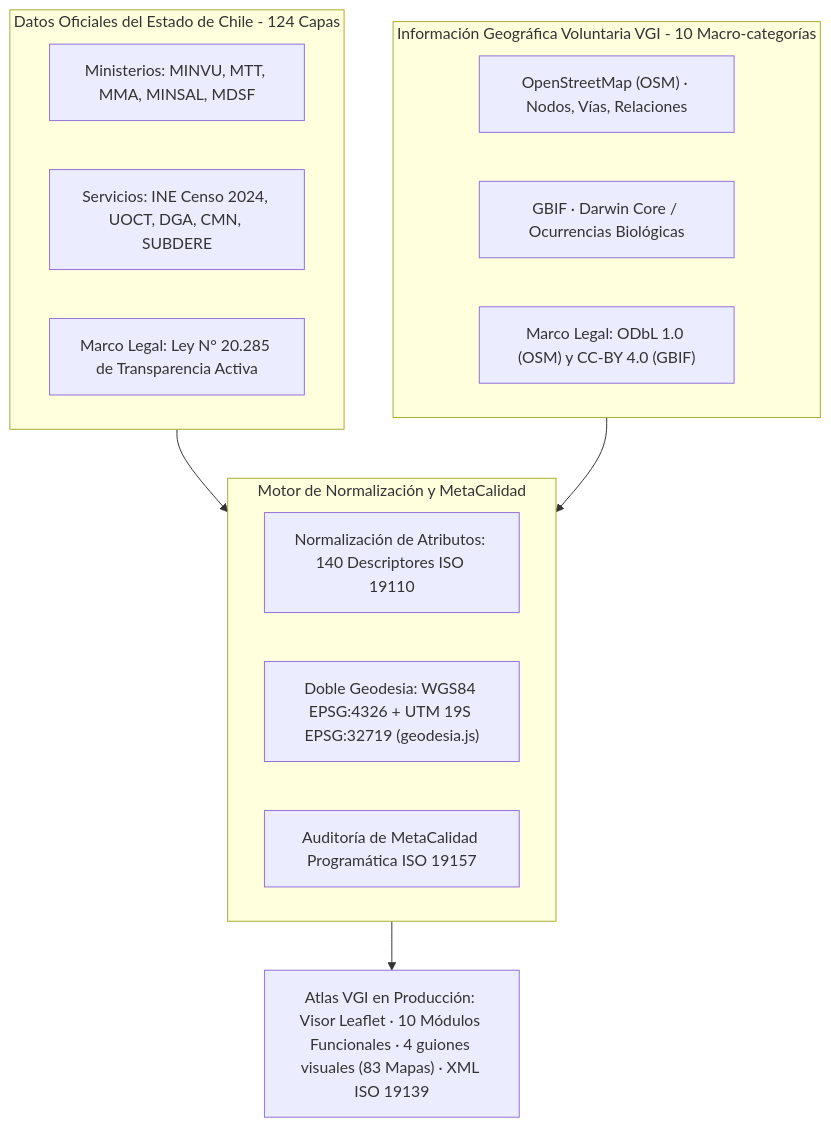
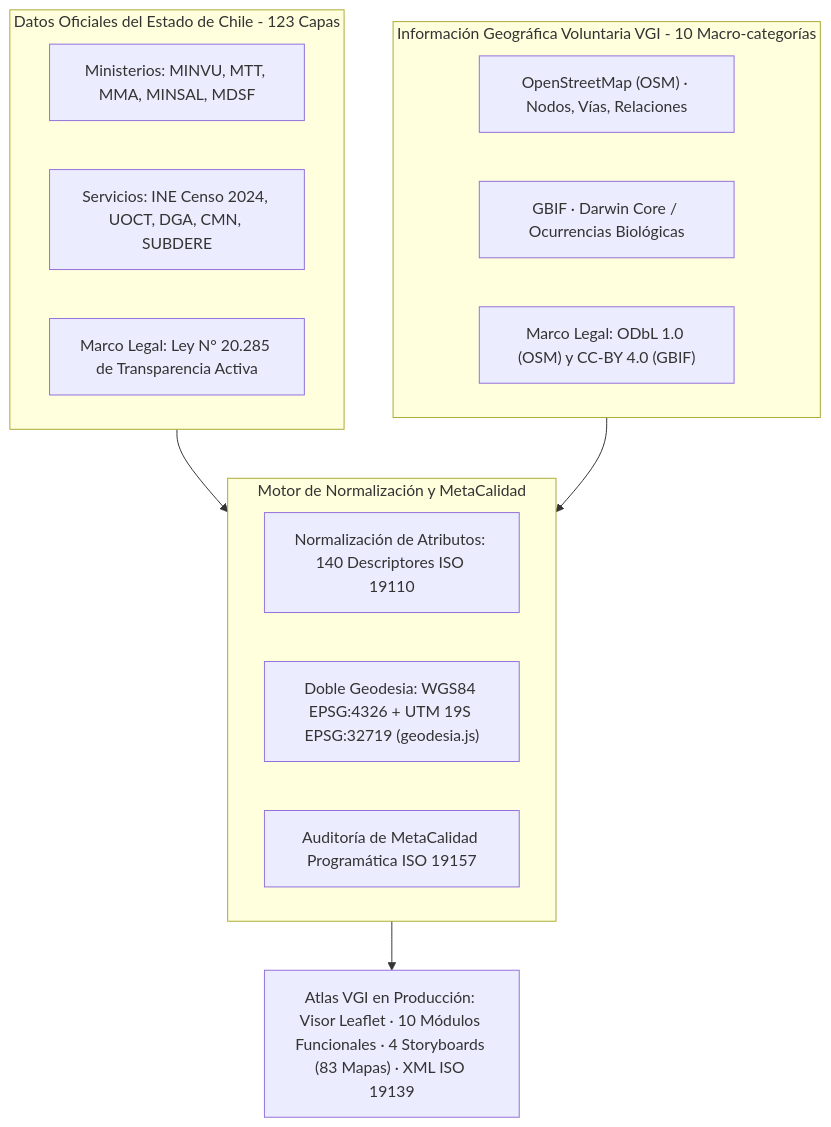
One commit to GEOJOTA/atlas-vgi-barrio-brasil changed the fourth of 5 diagrams in docs/ANALISIS_METACALIDAD.md. Above: the diagram before and after it, drawn with Mermaid. The commit also changed other lines of this file and 142 other files, not shown here.

Commit message:
feat: sincronizar espejo con produccion atlas vgi (GBIF RM, UI, 17 atributos, storyboards)

````diff
--- a/docs/ANALISIS_METACALIDAD.md
+++ b/docs/ANALISIS_METACALIDAD.md
@@ -170,21 +170,21 @@
 ```mermaid
 flowchart TB
-    subgraph FuentesOficiales ["Datos Oficiales del Estado de Chile - 124 Capas"]
+    subgraph FuentesOficiales ["Datos Oficiales del Estado de Chile - 123 Capas"]
         O1["Ministerios: MINVU, MTT, MMA, MINSAL, MDSF"]
         O2["Servicios: INE Censo 2024, UOCT, DGA, CMN, SUBDERE"]
         O3["Marco Legal: Ley N° 20.285 de Transparencia Activa"]
     end
     subgraph FuentesComunitarias ["Información Geográfica Voluntaria VGI - 10 Macro-categorías"]
         V1["OpenStreetMap (OSM) · Nodos, Vías, Relaciones"]
         V2["GBIF · Darwin Core / Ocurrencias Biológicas"]
         V3["Marco Legal: ODbL 1.0 (OSM) y CC-BY 4.0 (GBIF)"]
     end
     subgraph MotorNormalizacion ["Motor de Normalización y MetaCalidad"]
         N1["Normalización de Atributos: 140 Descriptores ISO 19110"]
         N2["Doble Geodesia: WGS84 EPSG:4326 + UTM 19S EPSG:32719 (geodesia.js)"]
         N3["Auditoría de MetaCalidad Programática ISO 19157"]
     end
     FuentesOficiales --> MotorNormalizacion
     FuentesComunitarias --> MotorNormalizacion
-    MotorNormalizacion --> P["Atlas VGI en Producción: Visor Leaflet · 10 Módulos Funcionales · 4 guiones visuales (83 Mapas) · XML ISO 19139"]
+    MotorNormalizacion --> P["Atlas VGI en Producción: Visor Leaflet · 10 Módulos Funcionales · 4 Storyboards (83 Mapas) · XML ISO 19139"]
 ```
````
